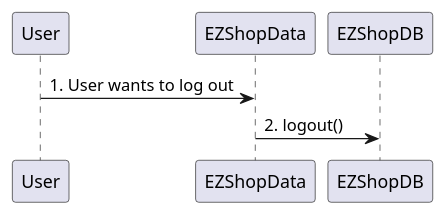
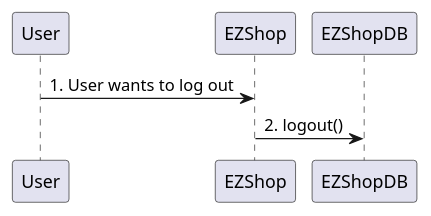
Before and after one commit to djemar/softeng_ezshop: diagram 16 of 31 in Deliverables/DesignDocument.md, drawn with PlantUML. The commit also changed other lines of this file, not shown here.

````diff
--- a/Deliverables/DesignDocument.md
+++ b/Deliverables/DesignDocument.md
@@ -389,5 +401,5 @@
 ```plantuml
-"User" -> "EZShopData" : 1. User wants to log out
-"EZShopData" -> "EZShopDB" : 2. logout()
+"User" -> "EZShop" : 1. User wants to log out
+"EZShop" -> "EZShopDB" : 2. logout()
 
 ```
````
